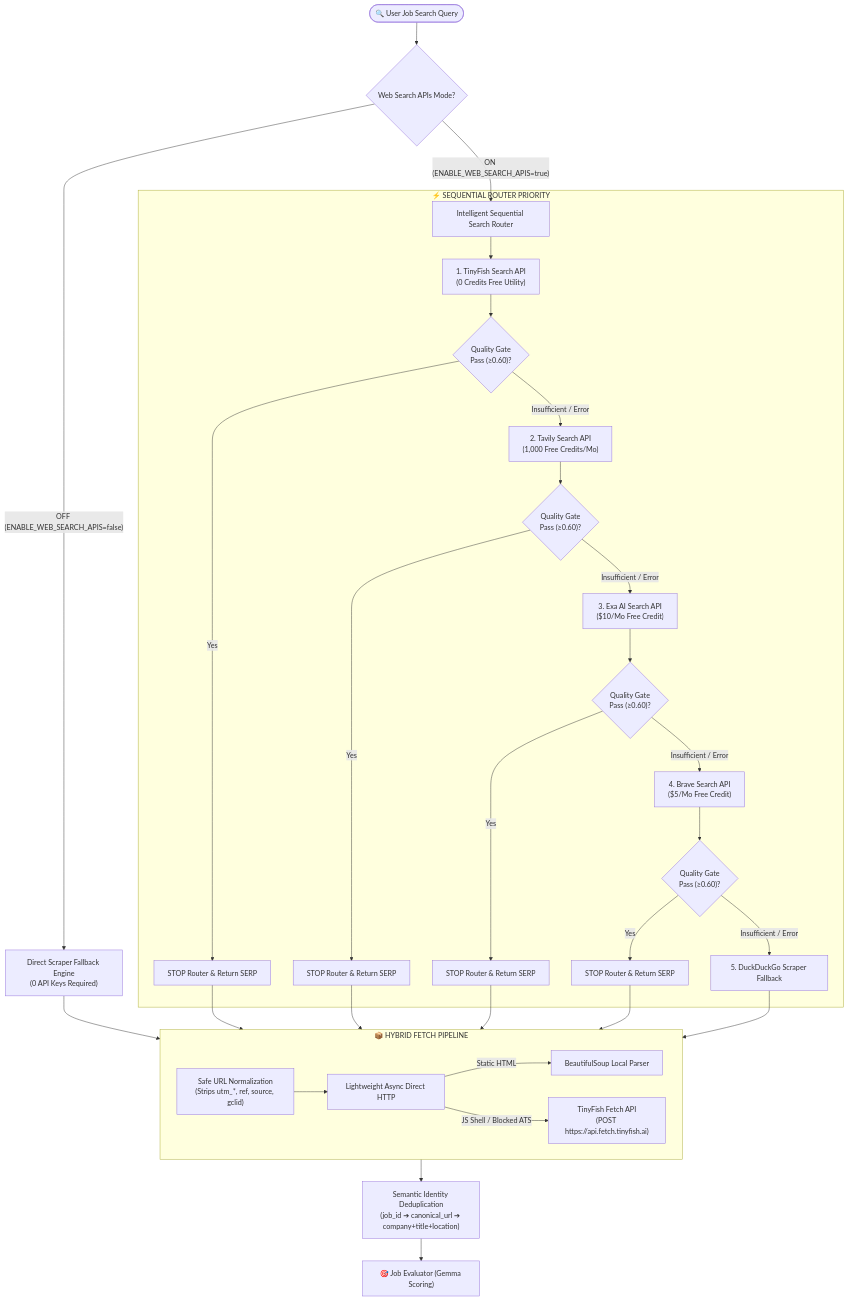
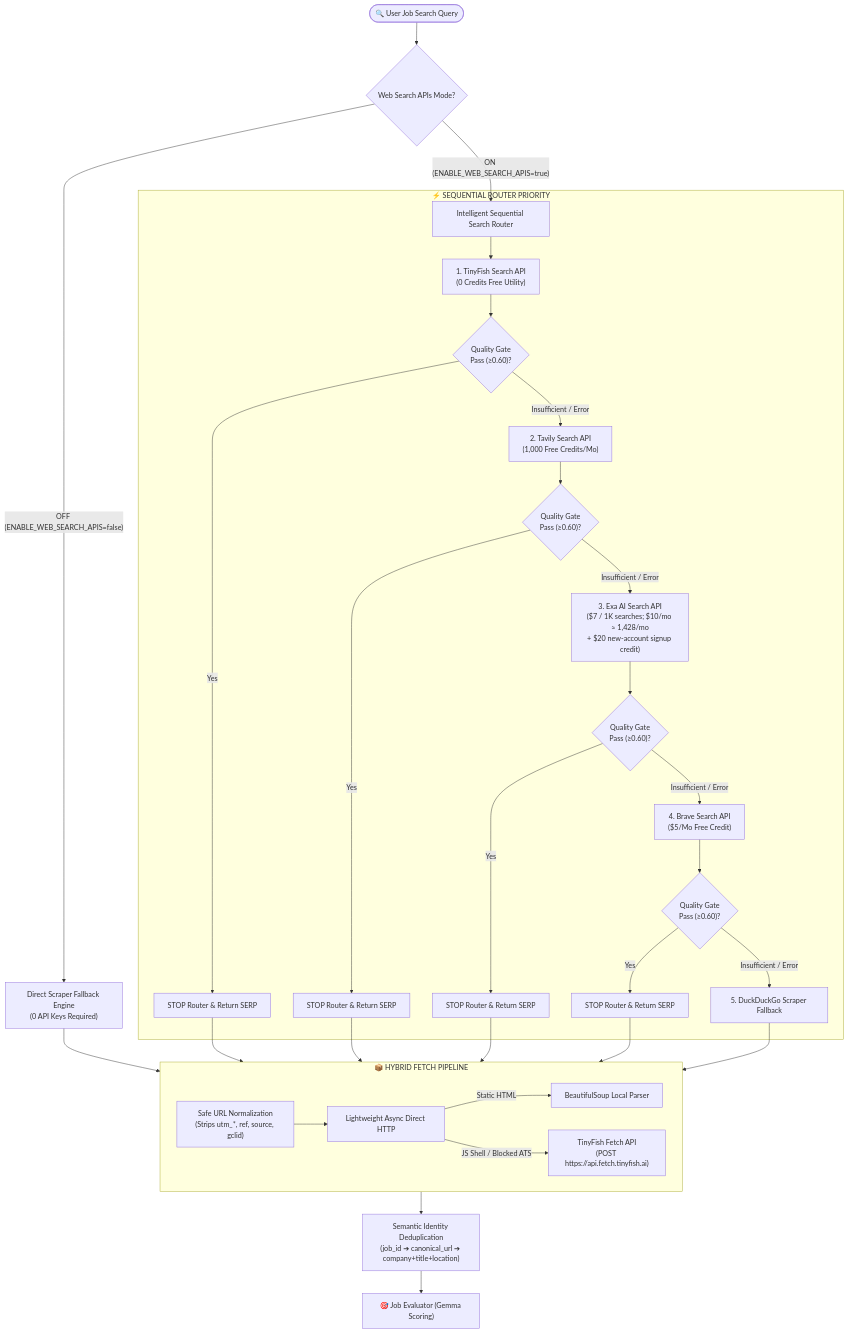
Before and after one commit to kvcops/JobHunterX: the second of 5 diagrams in README.md, drawn with Mermaid. The commit also changed other lines of this file and 2 other files, not shown here.

````diff
--- a/README.md
+++ b/README.md
@@ -188,39 +188,39 @@
 ```mermaid
 flowchart TD
     SEARCH_REQ([🔍 User Job Search Query]) --> MODE_CHECK{"Web Search APIs Mode?"}
 
     MODE_CHECK -->|"ON (ENABLE_WEB_SEARCH_APIS=true)"| ROUTER["Intelligent Sequential Search Router"]
     MODE_CHECK -->|"OFF (ENABLE_WEB_SEARCH_APIS=false)"| DIRECT_SCRAPER["Direct Scraper Fallback Engine<br/>(0 API Keys Required)"]
 
     subgraph API_ROUTER ["⚡ SEQUENTIAL ROUTER PRIORITY"]
         ROUTER --> TF["1. TinyFish Search API<br/>(0 Credits Free Utility)"]
         TF --> QG1{"Quality Gate<br/>Pass (≥0.60)?"}
         QG1 -->|Yes| STOP1["STOP Router & Return SERP"]
         QG1 -->|Insufficient / Error| TAV["2. Tavily Search API<br/>(1,000 Free Credits/Mo)"]
         TAV --> QG2{"Quality Gate<br/>Pass (≥0.60)?"}
         QG2 -->|Yes| STOP2["STOP Router & Return SERP"]
-        QG2 -->|Insufficient / Error| EXA["3. Exa AI Search API<br/>($10/Mo Free Credit)"]
+        QG2 -->|Insufficient / Error| EXA["3. Exa AI Search API<br/>($7 / 1K searches; $10/mo ≈ 1,428/mo<br/>+ $20 new-account signup credit)"]
         EXA --> QG3{"Quality Gate<br/>Pass (≥0.60)?"}
         QG3 -->|Yes| STOP3["STOP Router & Return SERP"]
         QG3 -->|Insufficient / Error| BRV["4. Brave Search API<br/>($5/Mo Free Credit)"]
         BRV --> QG4{"Quality Gate<br/>Pass (≥0.60)?"}
         QG4 -->|Yes| STOP4["STOP Router & Return SERP"]
         QG4 -->|Insufficient / Error| DDGS_FB["5. DuckDuckGo Scraper Fallback"]
     end
 
     DIRECT_SCRAPER --> HYBRID_FETCH
     STOP1 --> HYBRID_FETCH
     STOP2 --> HYBRID_FETCH
     STOP3 --> HYBRID_FETCH
     STOP4 --> HYBRID_FETCH
     DDGS_FB --> HYBRID_FETCH
 
     subgraph HYBRID_FETCH ["📦 HYBRID FETCH PIPELINE"]
         STEP1["Safe URL Normalization<br/>(Strips utm_*, ref, source, gclid)"] --> STEP2["Lightweight Async Direct HTTP"]
         STEP2 -->|Static HTML| BS4["BeautifulSoup Local Parser"]
         STEP2 -->|JS Shell / Blocked ATS| TF_FETCH["TinyFish Fetch API<br/>(POST https://api.fetch.tinyfish.ai)"]
     end
 
     HYBRID_FETCH --> DEDUPE["Semantic Identity Deduplication<br/>(job_id ➔ canonical_url ➔ company+title+location)"]
     DEDUPE --> SCORE["🎯 Job Evaluator (Gemma Scoring)"]
 ```
````
